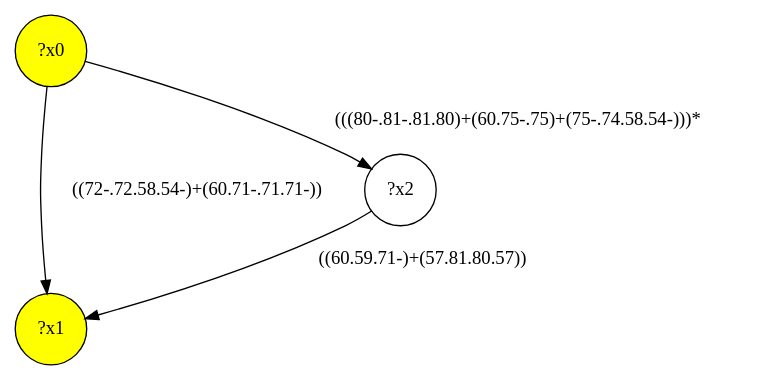
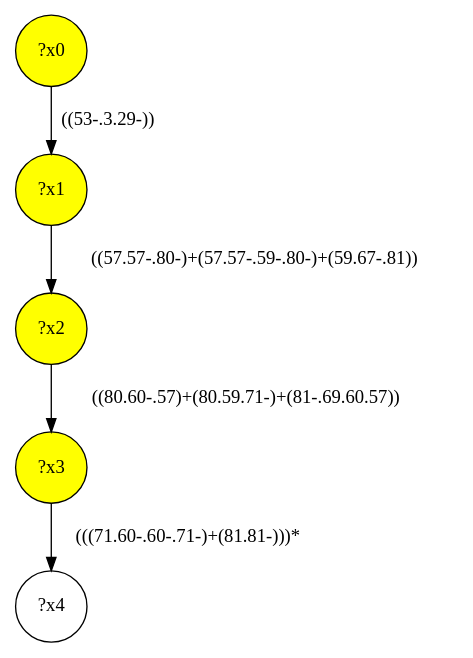
The diagram in lib/gmark/demo/shop/shop-interface/query-39.dot (MathieuGicquel/federated-benchmark), drawn with Graphviz before and after one commit. The commit also changed 354 other files, not shown here.

```diff
--- a/lib/gmark/demo/shop/shop-interface/query-39.dot
+++ b/lib/gmark/demo/shop/shop-interface/query-39.dot
@@ -1,8 +1,11 @@
 digraph g {
+	x2 [fillcolor="yellow", style="filled," shape=circle, label="?x2"];
+	x3 [fillcolor="yellow", style="filled," shape=circle, label="?x3"];
 	x0 [fillcolor="yellow", style="filled," shape=circle, label="?x0"];
 	x1 [fillcolor="yellow", style="filled," shape=circle, label="?x1"];
-	x0 -> x1 [label="((72-.72.58.54-)+(60.71-.71.71-))"];
-	x2 [shape=circle, label="?x2"];
-	x0 -> x2 [label="(((80-.81-.81.80)+(60.75-.75)+(75-.74.58.54-)))*"];
-	x2 -> x1 [label="((60.59.71-)+(57.81.80.57))"];
+	x0 -> x1 [label="((53-.3.29-))"];
+	x1 -> x2 [label="((57.57-.80-)+(57.57-.59-.80-)+(59.67-.81))"];
+	x2 -> x3 [label="((80.60-.57)+(80.59.71-)+(81-.69.60.57))"];
+	x4 [shape=circle, label="?x4"];
+	x3 -> x4 [label="(((71.60-.60-.71-)+(81.81-)))*"];
 }
```
